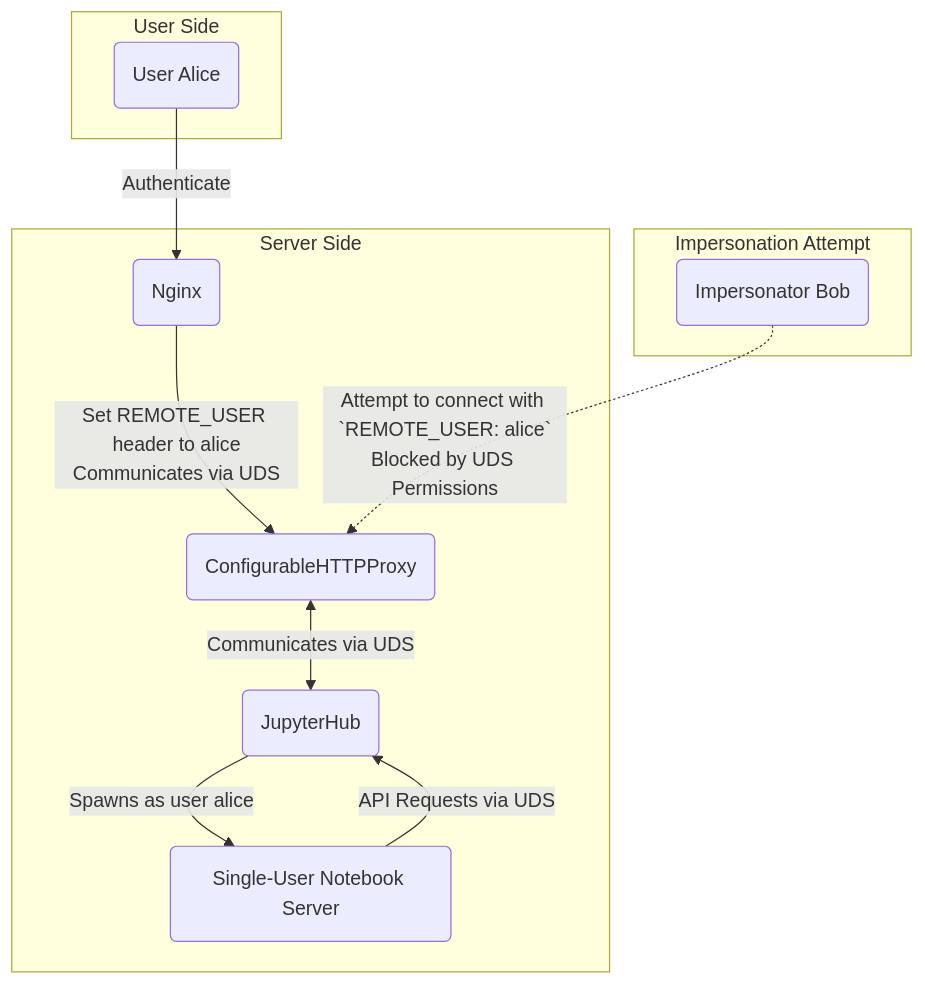
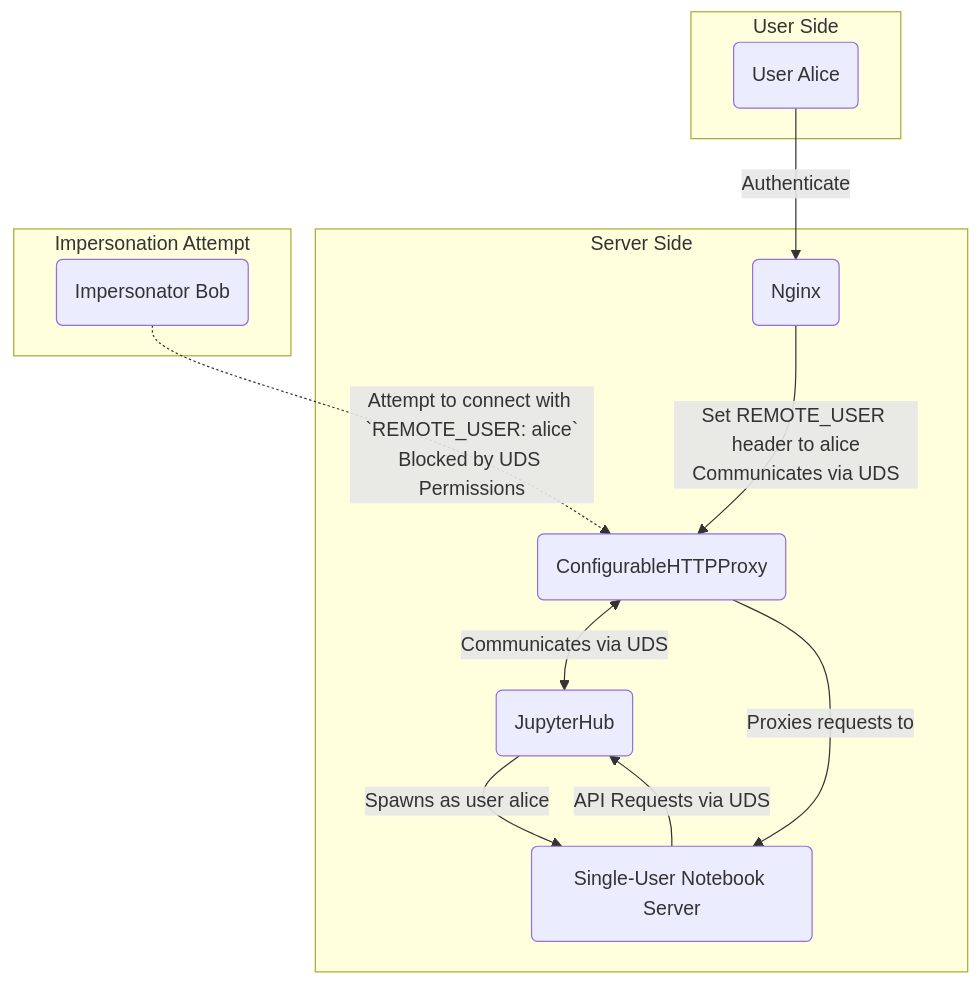
Before and after one commit to dometto/jupyterhub-unix-socket-example: the diagram in README.md, drawn with Mermaid.

Commit message:
Add arrow to mermaid diagram

````diff
--- a/README.md
+++ b/README.md
@@ -95,16 +95,17 @@
 ```mermaid
 graph TD
     subgraph Server Side
         B(Nginx) -->|Set REMOTE_USER header to alice<br/>Communicates via UDS| C(ConfigurableHTTPProxy)
         C(ConfigurableHTTPProxy) <-->|Communicates via UDS| D(JupyterHub)
         D(JupyterHub) -->|Spawns as user alice| E(Single-User Notebook Server) -->|API Requests via UDS|D
+        C -->|Proxies requests to| E
     end
 
     subgraph User Side
         A(User Alice) -->|Authenticate| B(Nginx)
     end
 
     subgraph Impersonation Attempt
         F(Impersonator Bob) -.->|Attempt to connect with `REMOTE_USER: alice`<br/>Blocked by UDS Permissions| C(ConfigurableHTTPProxy)
     end
 ```
````
